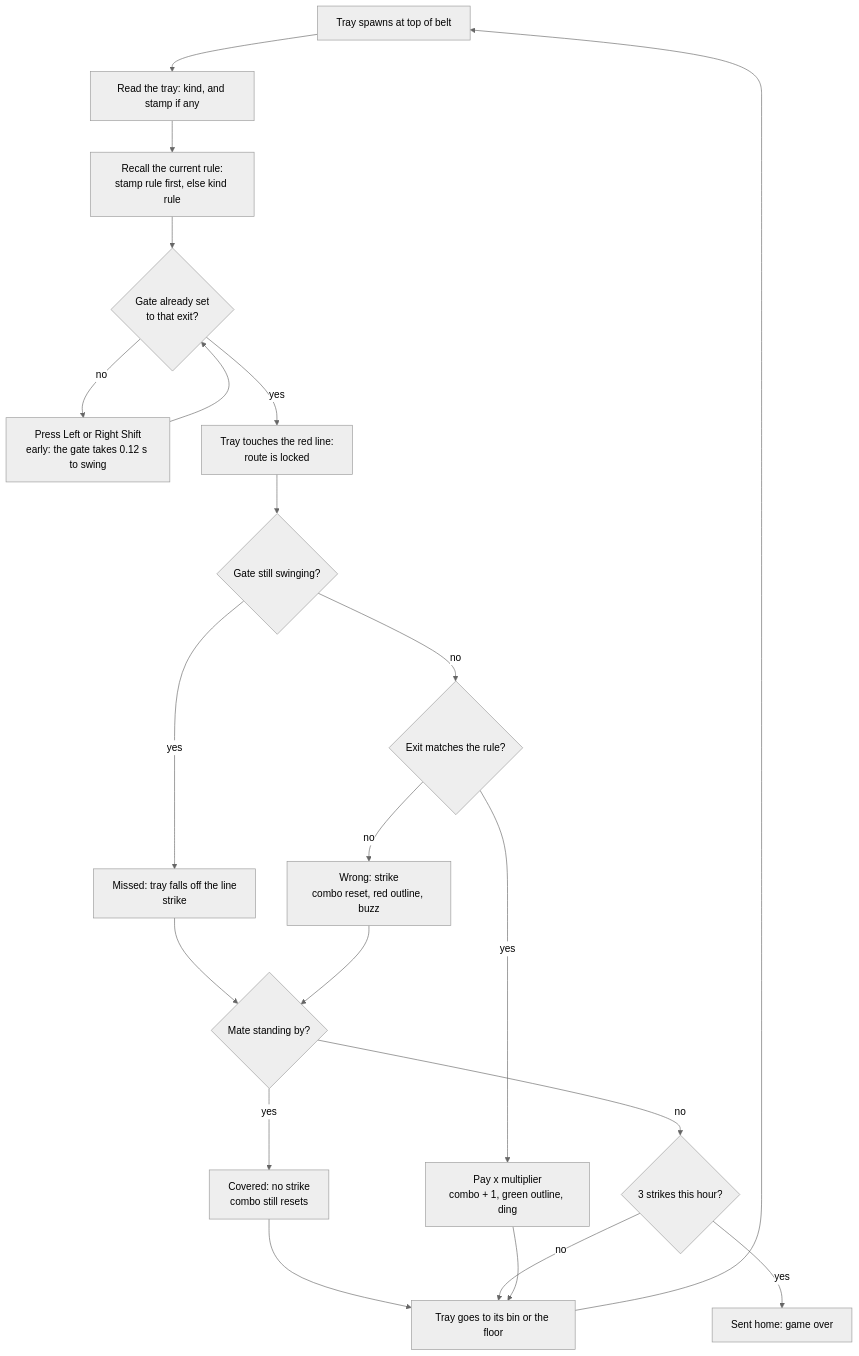
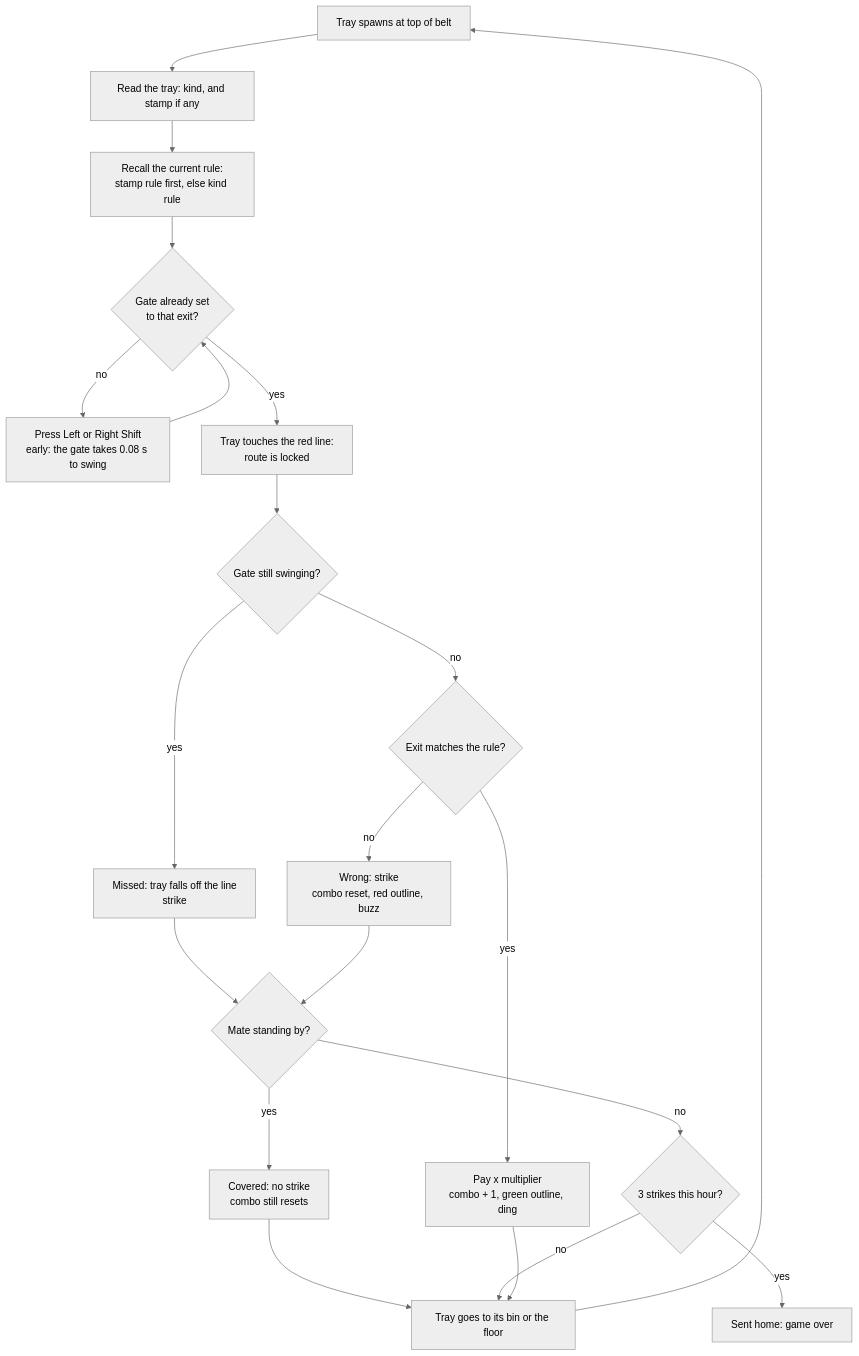
The first of 15 diagrams in docs/design.md (NiloyBhattacharjee/cluck-shift), drawn with Mermaid (neutral theme) before and after one commit. The commit also changed other lines of this file and 10 other files, not shown here.

````diff
--- a/docs/design.md
+++ b/docs/design.md
@@ -106,23 +106,23 @@
 ```mermaid
 flowchart TD
     A[Tray spawns at top of belt] --> B[Read the tray: kind, and stamp if any]
     B --> C[Recall the current rule:<br/>stamp rule first, else kind rule]
     C --> D{Gate already set<br/>to that exit?}
-    D -- no --> E[Press Left or Right Shift<br/>early: the gate takes 0.12 s to swing]
+    D -- no --> E[Press Left or Right Shift<br/>early: the gate takes 0.08 s to swing]
     E --> D
     D -- yes --> F[Tray touches the red line:<br/>route is locked]
     F --> G{Gate still swinging?}
     G -- yes --> M[Missed: tray falls off the line<br/>strike]
     G -- no --> H{Exit matches the rule?}
     H -- yes --> I[Pay x multiplier<br/>combo + 1, green outline, ding]
     H -- no --> J[Wrong: strike<br/>combo reset, red outline, buzz]
     M --> X{Mate standing by?}
     J --> X
     X -- yes --> Y[Covered: no strike<br/>combo still resets]
     X -- no --> K{3 strikes this hour?}
     Y --> N
     K -- yes --> L[Sent home: game over]
     K -- no --> N[Tray goes to its bin or the floor]
     I --> N
     N --> A
 ```
````
